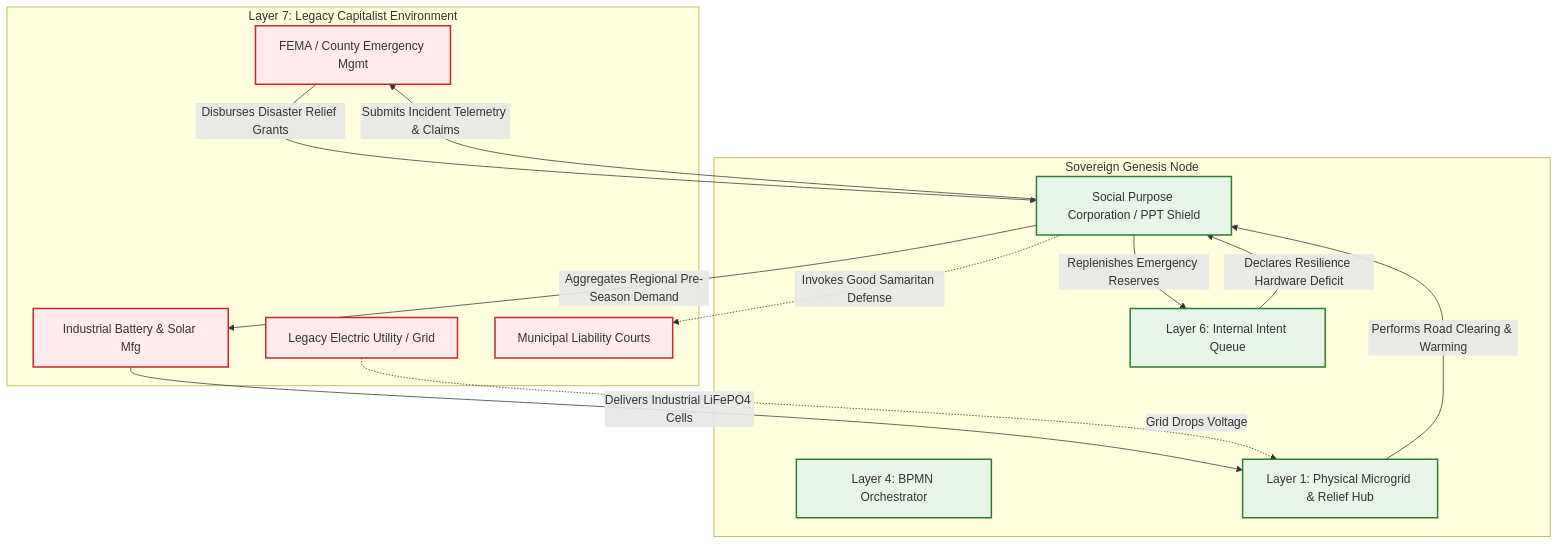
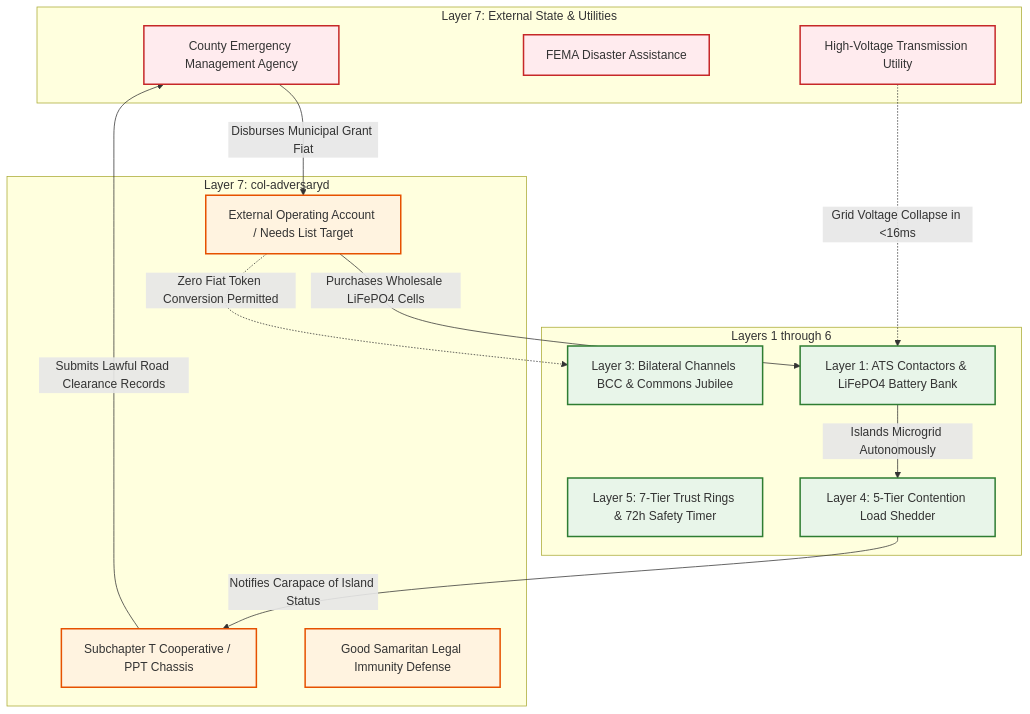
One commit to raffaine/collective changed the third of 3 diagrams in docs/scenarios/upsilon_shock.md. Above: the diagram before and after it, drawn with Mermaid. The commit also changed other lines of this file and 23 other files, not shown here.

````diff
--- a/docs/scenarios/upsilon_shock.md
+++ b/docs/scenarios/upsilon_shock.md
@@ -161,34 +159,40 @@
 ```mermaid
 graph TD
-    subgraph Legacy Market [Layer 7: Legacy Capitalist Environment]
-        FEMA[FEMA / County Emergency Mgmt]
-        Utility[Legacy Electric Utility / Grid]
-        Mfg[Industrial Battery & Solar Mfg]
-        Court[Municipal Liability Courts]
+    subgraph Legacy Environment [Layer 7: External State & Utilities]
+        CountyEmergency[County Emergency Management Agency]
+        FEMA_Agency[FEMA Disaster Assistance]
+        UtilityGrid[High-Voltage Transmission Utility]
     end
 
-    subgraph The Collective [Sovereign Genesis Node]
-        SPC[Social Purpose Corporation / PPT Shield]
-        L6[Layer 6: Internal Intent Queue]
-        L4[Layer 4: BPMN Orchestrator]
-        L1[Layer 1: Physical Microgrid & Relief Hub]
+    subgraph Dual Membrane Carapace [Layer 7: col-adversaryd]
+        CoopShield[Subchapter T Cooperative / PPT Chassis]
+        FiatTreasury[External Operating Account / Needs List Target]
+        GoodSamaritan[Good Samaritan Legal Immunity Defense]
     end
 
-    %% Inbound Fiat Flow
-    L1 -->|Performs Road Clearing & Warming| SPC
-    SPC -->|Submits Incident Telemetry & Claims| FEMA
-    FEMA -->|Disburses Disaster Relief Grants| SPC
-    SPC -.->|Invokes Good Samaritan Defense| Court
-    SPC -->|Replenishes Emergency Reserves| L6
+    subgraph Internal Sovereign Core [Layers 1 through 6]
+        L5_Gov[Layer 5: 7-Tier Trust Rings & 72h Safety Timer]
+        L4_BPMN[Layer 4: 5-Tier Contention Load Shedder]
+        L3_Ledger[Layer 3: Bilateral Channels BCC & Commons Jubilee]
+        L1_Phys[Layer 1: ATS Contactors & LiFePO4 Battery Bank]
+    end
+
+    %% External Connections
+    UtilityGrid -.->|Grid Voltage Collapse in <16ms| L1_Phys
+    L1_Phys -->|Islands Microgrid Autonomously| L4_BPMN
+    L4_BPMN -->|Notifies Carapace of Island Status| CoopShield
     
-    %% Outbound Procurement Flow
-    L6 -->|Declares Resilience Hardware Deficit| SPC
-    SPC -->|Aggregates Regional Pre-Season Demand| Mfg
-    Mfg -->|Delivers Industrial LiFePO4 Cells| L1
-    Utility -.->|Grid Drops Voltage| L1
+    CoopShield -->|Submits Lawful Road Clearance Records| CountyEmergency
+    CountyEmergency -->|Disburses Municipal Grant Fiat| FiatTreasury
+    FiatTreasury -->|Purchases Wholesale LiFePO4 Cells| L1_Phys
     
+    %% Firewall
+    FiatTreasury -.->|Zero Fiat Token Conversion Permitted| L3_Ledger
+
     classDef legacy fill:#ffebee,stroke:#c62828,stroke-width:2px;
+    classDef carapace fill:#fff3e0,stroke:#e65100,stroke-width:2px;
     classDef sovereign fill:#e8f5e9,stroke:#2e7d32,stroke-width:2px;
-    class FEMA,Utility,Mfg,Court legacy;
-    class SPC,L6,L4,L1 sovereign;
+    class CountyEmergency,FEMA_Agency,UtilityGrid legacy;
+    class CoopShield,FiatTreasury,GoodSamaritan carapace;
+    class L5_Gov,L4_BPMN,L3_Ledger,L1_Phys sovereign;
 ```
````
